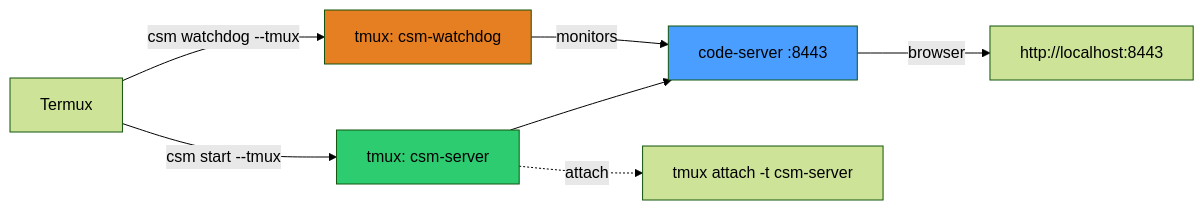
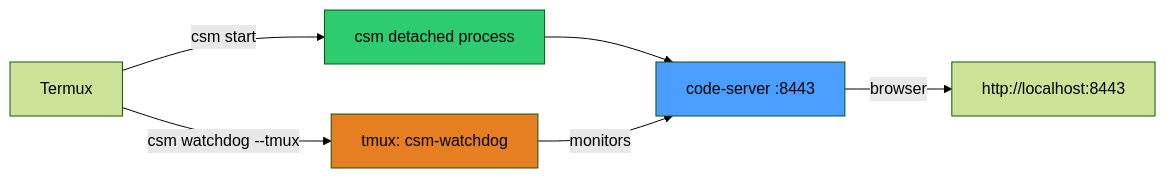
The third of 7 diagrams in README.md (ancrz/termux-linux-deployer), drawn with Mermaid (forest theme) before and after one commit. The commit also changed other lines of this file and 2 other files, not shown here.

````diff
--- a/README.md
+++ b/README.md
@@ -173,13 +184,12 @@
 ```mermaid
 flowchart LR
-    T["Termux"] -->|"csm start --tmux"| S["tmux: csm-server"]
+    T["Termux"] -->|"csm start"| S["csm detached process"]
     T -->|"csm watchdog --tmux"| W["tmux: csm-watchdog"]
     S --> CS["code-server :8443"]
     W -->|"monitors"| CS
     CS -->|"browser"| B["http://localhost:8443"]
-    S -.->|"attach"| AT["tmux attach -t csm-server"]
 
     style S fill:#2ecc71
     style W fill:#e67e22
     style CS fill:#4a9eff
 ```
````
